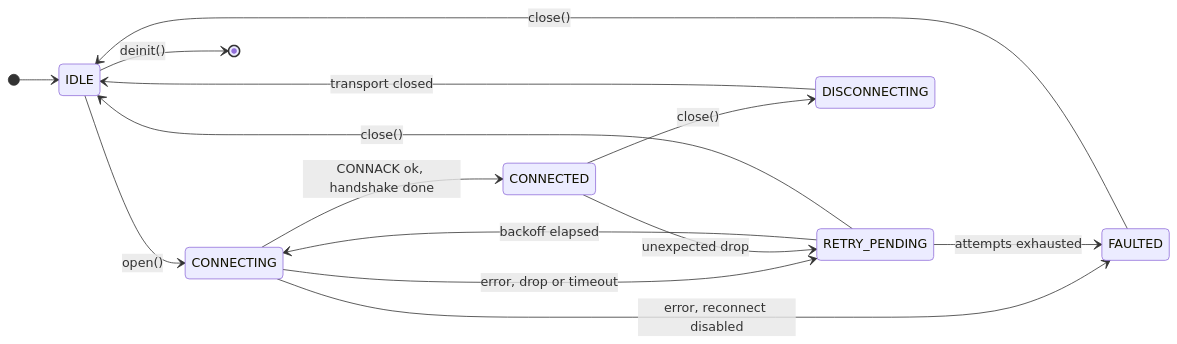
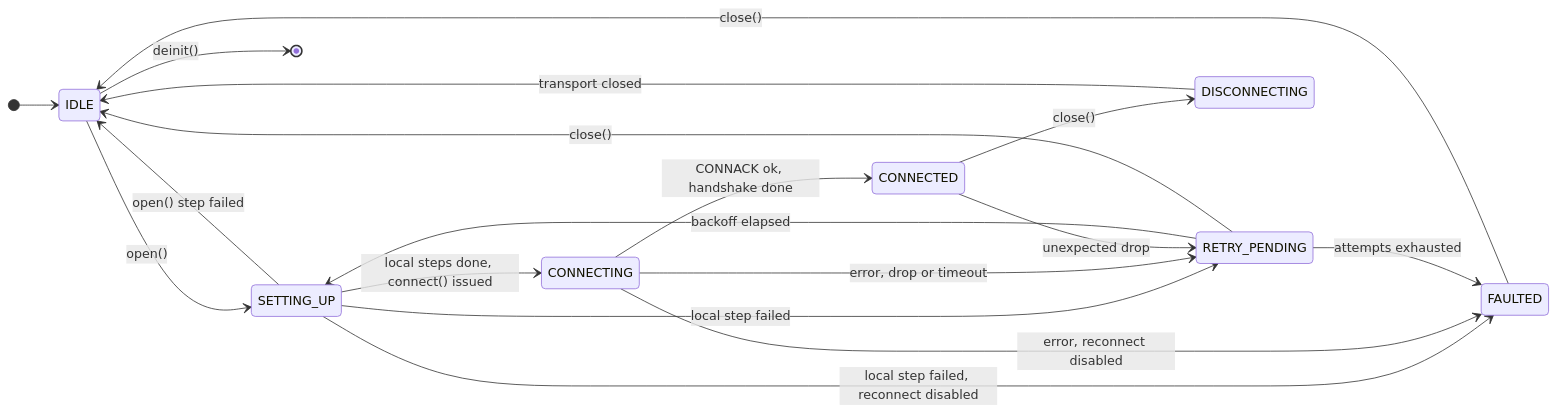
The first of 9 diagrams in c/docs/eng/connection.md (Azure/azure-iot-sdk), drawn with Mermaid before and after one commit. The commit also changed other lines of this file and 12 other files, not shown here.

````diff
--- a/c/docs/eng/connection.md
+++ b/c/docs/eng/connection.md
@@ -53,17 +53,21 @@
 ```mermaid
 stateDiagram-v2
     direction LR
     [*] --> IDLE
-    IDLE --> CONNECTING: open()
+    IDLE --> SETTING_UP: open()
+    SETTING_UP --> CONNECTING: local steps done, connect() issued
+    SETTING_UP --> RETRY_PENDING: local step failed
+    SETTING_UP --> FAULTED: local step failed, reconnect disabled
+    SETTING_UP --> IDLE: open() step failed
     CONNECTING --> CONNECTED: CONNACK ok, handshake done
     CONNECTING --> RETRY_PENDING: error, drop or timeout
     CONNECTING --> FAULTED: error, reconnect disabled
     CONNECTED --> RETRY_PENDING: unexpected drop
     CONNECTED --> DISCONNECTING: close()
-    RETRY_PENDING --> CONNECTING: backoff elapsed
+    RETRY_PENDING --> SETTING_UP: backoff elapsed
     RETRY_PENDING --> FAULTED: attempts exhausted
     RETRY_PENDING --> IDLE: close()
     DISCONNECTING --> IDLE: transport closed
     FAULTED --> IDLE: close()
     IDLE --> [*]: deinit()
 ```
````
